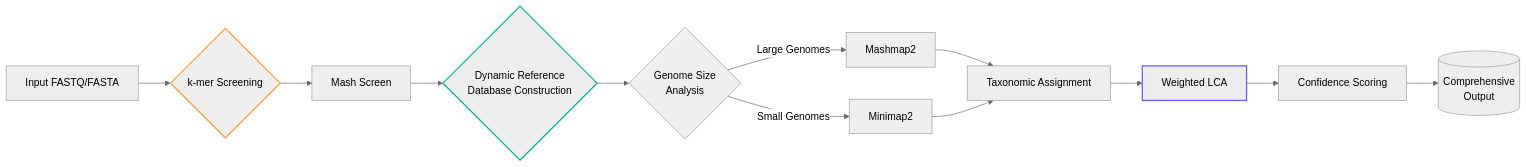
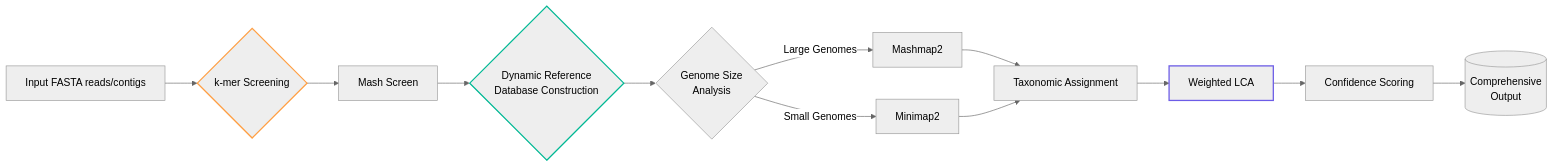
One commit to inesbmartins02/hymet-docs changed the diagram in hymetsimple.md. Above: the diagram before and after it, drawn with Mermaid (neutral theme).

````diff
--- a/hymetsimple.md
+++ b/hymetsimple.md
@@ -33,18 +33,18 @@
 ```mermaid
 graph LR
-    A[Input FASTQ/FASTA] --> B{k-mer Screening}
+    A[Input FASTA reads/contigs] --> B{k-mer Screening}
     B --> C[Mash Screen]
     C --> D{Dynamic Reference<br>Database Construction}
     D --> E{Genome Size<br>Analysis}
     E -->|Large Genomes| F[Mashmap2]
     E -->|Small Genomes| G[Minimap2]
     F --> H[Taxonomic Assignment]
     G --> H
     H --> I[Weighted LCA]
     I --> J[Confidence Scoring]
     J --> K[(Comprehensive<br>Output)]
     
     style B stroke:#ff9f43,stroke-width:2px
     style D stroke:#00b894,stroke-width:2px
     style I stroke:#6c5ce7,stroke-width:2px
 ```
````
